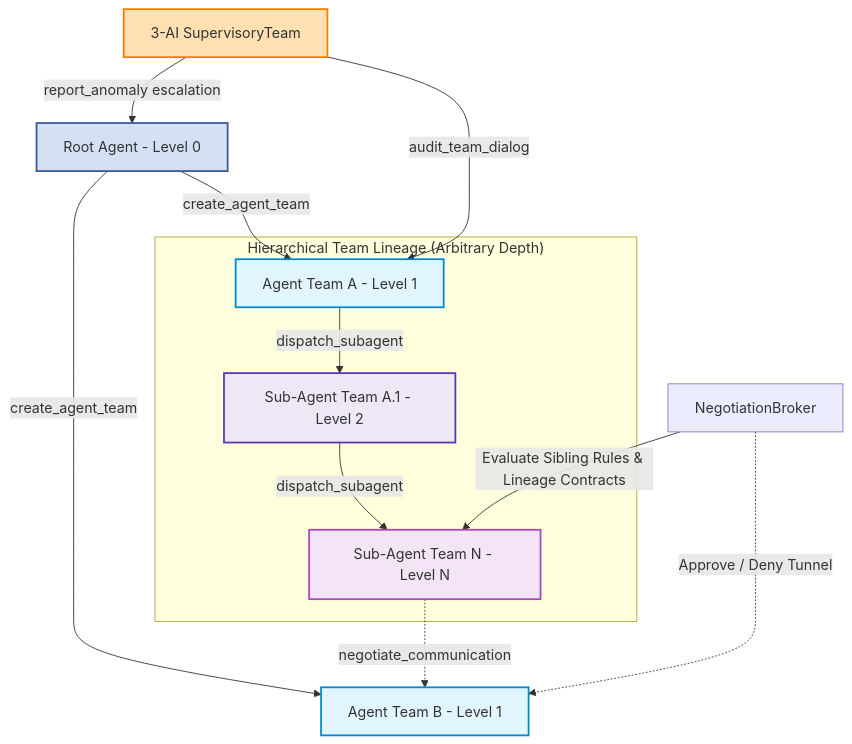
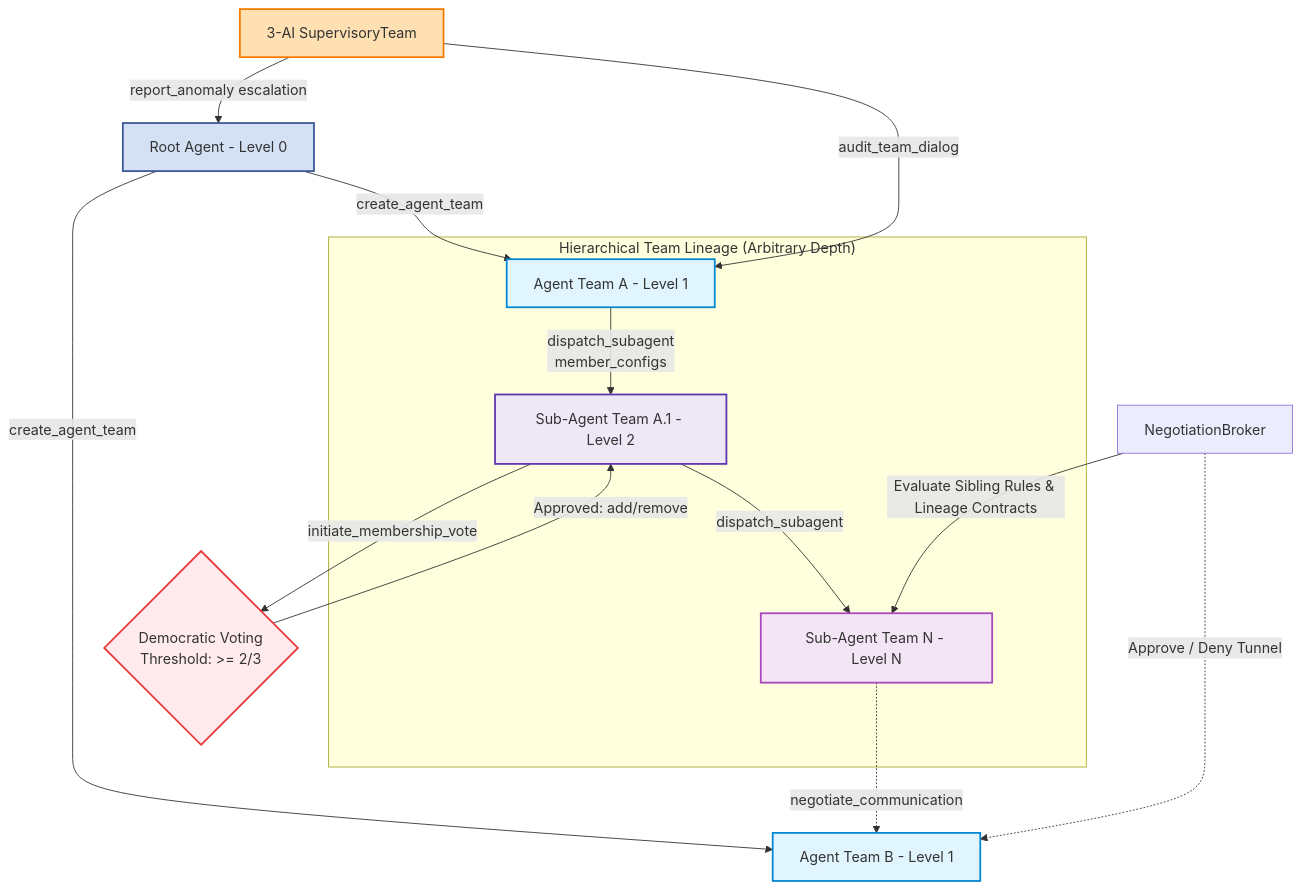
Before and after one commit to AI-Team-Team/AI-Team-Team: the diagram in README.md, drawn with Mermaid. The commit also changed other lines of this file and 12 other files, not shown here.

First line of the commit message:
feat: implement hierarchical team governance and democratic voting system

````diff
--- a/README.md
+++ b/README.md
@@ -72,28 +74,33 @@
 ```mermaid
 graph TD
     %% Lineage Spawning
     Root[Root Agent - Level 0] -->|create_agent_team| TeamA[Agent Team A - Level 1]
     Root -->|create_agent_team| TeamB[Agent Team B - Level 1]
     
     subgraph Lineage ["Hierarchical Team Lineage (Arbitrary Depth)"]
-        TeamA -->|dispatch_subagent| SubTeamA1[Sub-Agent Team A.1 - Level 2]
+        TeamA -->|dispatch_subagent\nmember_configs| SubTeamA1[Sub-Agent Team A.1 - Level 2]
         SubTeamA1 -->|dispatch_subagent| SubTeamN[Sub-Agent Team N - Level N]
     end
 
     %% Communication Permission Gating
     SubTeamN -.->|negotiate_communication| TeamB
     Broker[NegotiationBroker] -->|Evaluate Sibling Rules & Lineage Contracts| SubTeamN
     Broker -.->|Approve / Deny Tunnel| TeamB
 
-    %% Supervisory Audits & Escalation
+    %% Supervisory Dialogue Audits & Escalation
     Supervisor[3-AI SupervisoryTeam] -->|audit_team_dialog| TeamA
     Supervisor -->|report_anomaly escalation| Root
+
+    %% Democratic Voting System
+    SubTeamA1 -->|initiate_membership_vote| Voting{Democratic Voting\nThreshold: >= 2/3}
+    Voting -->|Approved: add/remove| SubTeamA1
     
     %% Styles
     style Root fill:#d4e1f5,stroke:#3b5998,stroke-width:2px;
     style TeamA fill:#e1f5fe,stroke:#0288d1,stroke-width:2px;
     style TeamB fill:#e1f5fe,stroke:#0288d1,stroke-width:2px;
     style SubTeamA1 fill:#ede7f6,stroke:#5e35b1,stroke-width:2px;
     style SubTeamN fill:#f3e5f5,stroke:#ab47bc,stroke-width:2px;
     style Supervisor fill:#ffe0b2,stroke:#f57c00,stroke-width:2px;
+    style Voting fill:#ffebee,stroke:#e53935,stroke-width:2px;
 ```
````
